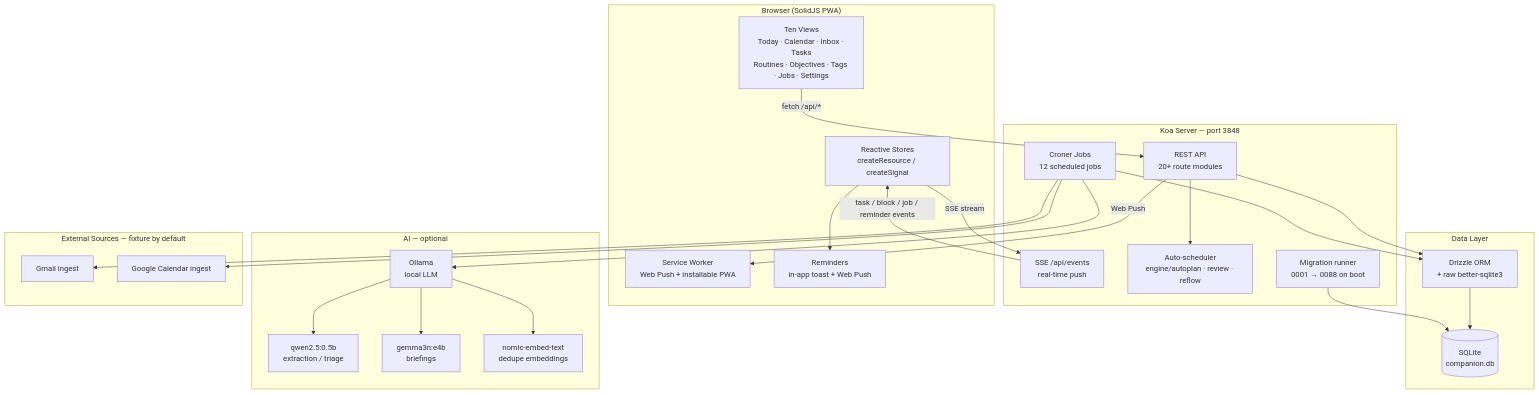
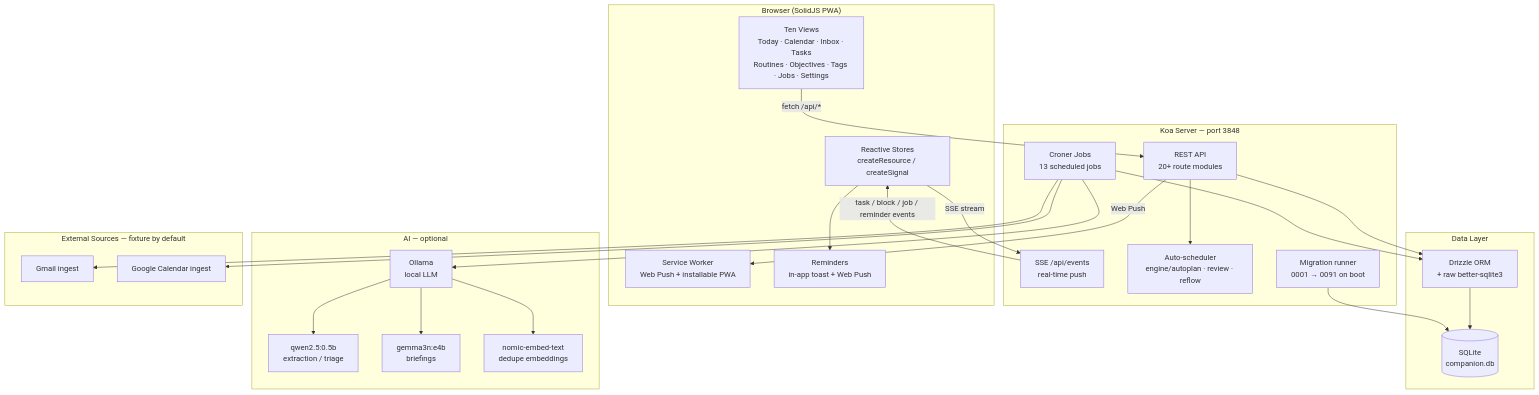
One commit to companionintelligence/CI-Planning changed the diagram in README.md. Above: the diagram before and after it, drawn with Mermaid. The commit also changed other lines of this file and 2 other files, not shown here.

First line of the commit message:
docs: sync README/ARCHITECTURE/GLOSSARY through Phase O (O1-O3) and Phase P

````diff
--- a/README.md
+++ b/README.md
@@ -30,51 +30,51 @@
 ```mermaid
 graph TB
     subgraph Browser["Browser (SolidJS PWA)"]
         UI[Ten Views<br/>Today · Calendar · Inbox · Tasks<br/>Routines · Objectives · Tags · Jobs · Settings]
         Store[Reactive Stores<br/>createResource / createSignal]
         SW[Service Worker<br/>Web Push + installable PWA]
         BN[Reminders<br/>in-app toast + Web Push]
     end
 
     subgraph Server["Koa Server — port 3848"]
         API[REST API<br/>20+ route modules]
         SSE[SSE /api/events<br/>real-time push]
         Engine[Auto-scheduler<br/>engine/autoplan · review · reflow]
-        Cron[Croner Jobs<br/>12 scheduled jobs]
-        Migrate[Migration runner<br/>0001 → 0088 on boot]
+        Cron[Croner Jobs<br/>13 scheduled jobs]
+        Migrate[Migration runner<br/>0001 → 0091 on boot]
     end
 
     subgraph Data["Data Layer"]
         DB[(SQLite<br/>companion.db)]
         Drizzle[Drizzle ORM<br/>+ raw better-sqlite3]
     end
 
     subgraph AI["AI — optional"]
         Ollama[Ollama<br/>local LLM]
         Small["qwen2.5:0.5b<br/>extraction / triage"]
         Medium["gemma3n:e4b<br/>briefings"]
         Embed["nomic-embed-text<br/>dedupe embeddings"]
     end
 
     subgraph Sources["External Sources — fixture by default"]
         Gmail[Gmail ingest]
         GCal[Google Calendar ingest]
     end
 
     UI -->|"fetch /api/*"| API
     Store -->|SSE stream| SSE
     API --> Engine
     API --> Drizzle
     Cron --> Drizzle
     Cron --> Ollama
     Cron --> Gmail
     Cron --> GCal
     Drizzle --> DB
     Migrate --> DB
     Ollama --> Small
     Ollama --> Medium
     Ollama --> Embed
     SSE -->|task / block / job / reminder events| Store
     Store --> BN
     API -->|Web Push| SW
 ```
````
